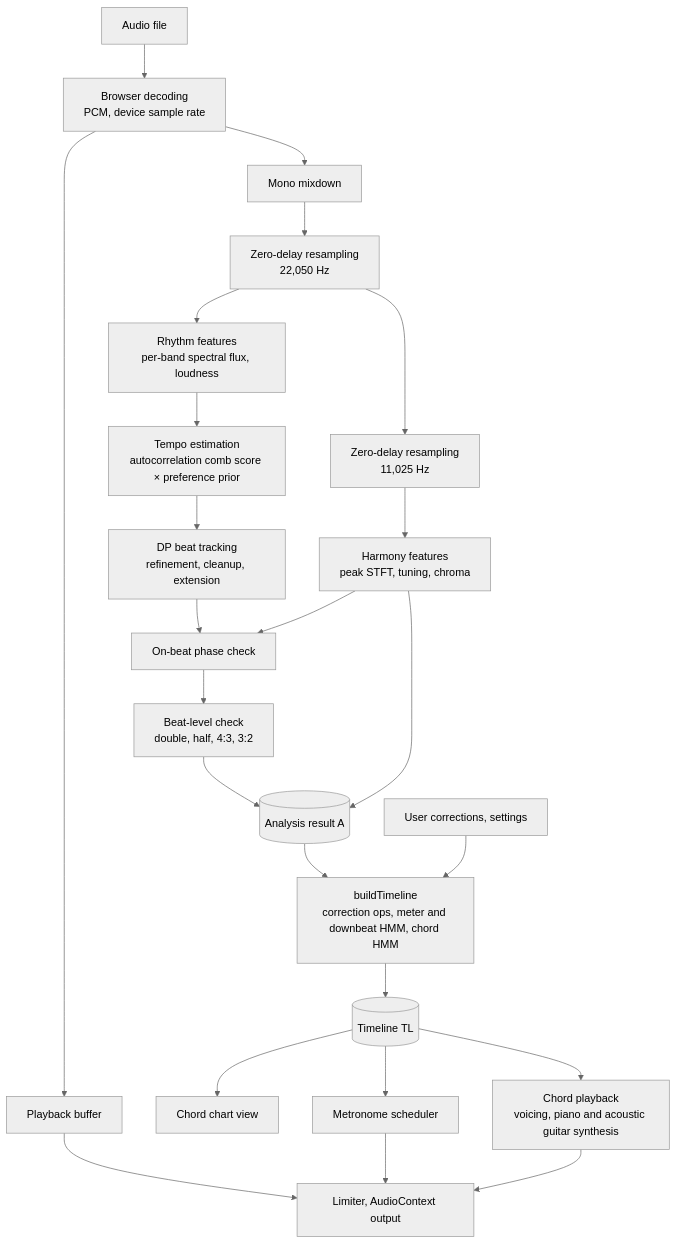
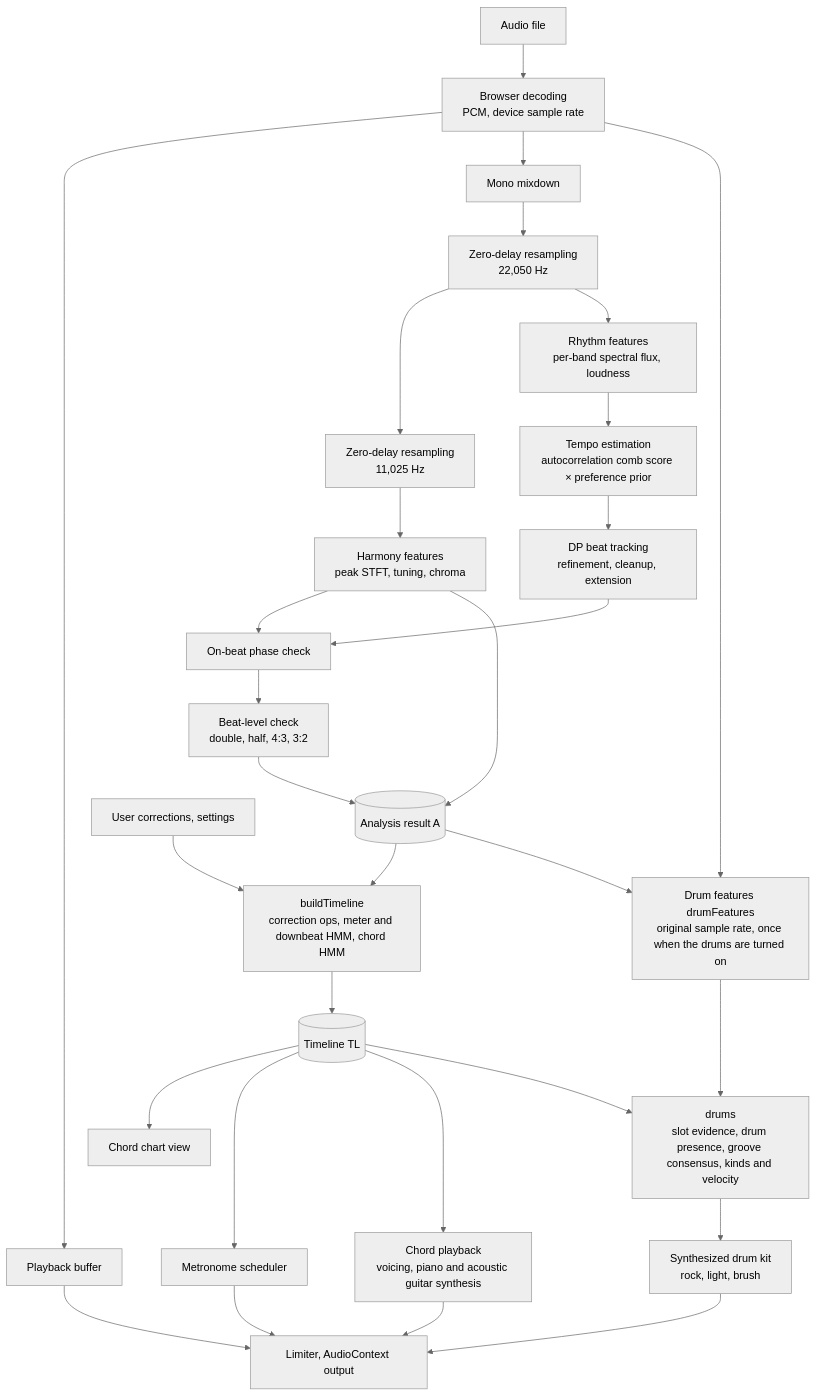
The first of 3 diagrams in README.en.md (Velvitty/Chordity), drawn with Mermaid (neutral theme) before and after one commit. The commit also changed other lines of this file and 7 other files, not shown here.

````diff
--- a/README.en.md
+++ b/README.en.md
@@ -330,26 +334,32 @@
 ```mermaid
 flowchart TD
   F["Audio file"] --> D["Browser decoding<br/>PCM, device sample rate"]
   D --> PB["Playback buffer"]
   D --> MO["Mono mixdown"]
   MO --> R22["Zero-delay resampling<br/>22,050 Hz"]
   R22 --> R11["Zero-delay resampling<br/>11,025 Hz"]
   R22 --> RF["Rhythm features<br/>per-band spectral flux, loudness"]
   R11 --> HF["Harmony features<br/>peak STFT, tuning, chroma"]
   RF --> TP["Tempo estimation<br/>autocorrelation comb score × preference prior"]
   TP --> DP["DP beat tracking<br/>refinement, cleanup, extension"]
   DP --> PC["On-beat phase check"]
   HF --> PC
   PC --> LC["Beat-level check<br/>double, half, 4:3, 3:2"]
   LC --> A[("Analysis result A")]
   HF --> A
   A --> BT["buildTimeline<br/>correction ops, meter and downbeat HMM, chord HMM"]
   U["User corrections, settings"] --> BT
   BT --> TL[("Timeline TL")]
   TL --> CH["Chord chart view"]
   TL --> SC["Metronome scheduler"]
   TL --> PS["Chord playback<br/>voicing, piano and acoustic guitar synthesis"]
   PB --> OUT["Limiter, AudioContext output"]
   SC --> OUT
   PS --> OUT
+  D --> DF["Drum features drumFeatures<br/>original sample rate, once when the drums are turned on"]
+  A --> DF
+  DF --> DR["drums<br/>slot evidence, drum presence, groove consensus, kinds and velocity"]
+  TL --> DR
+  DR --> DK["Synthesized drum kit<br/>rock, light, brush"]
+  DK --> OUT
 ```
````
